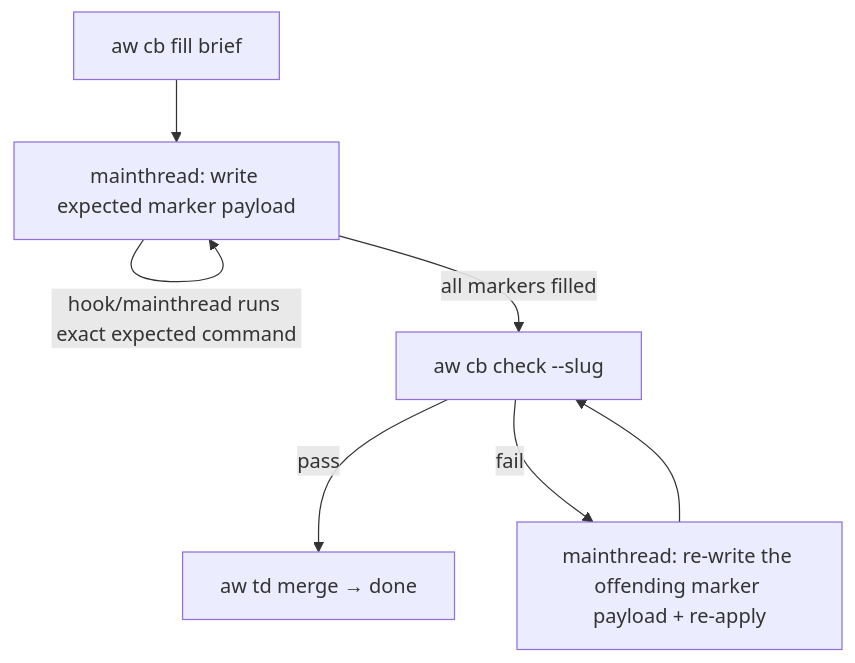
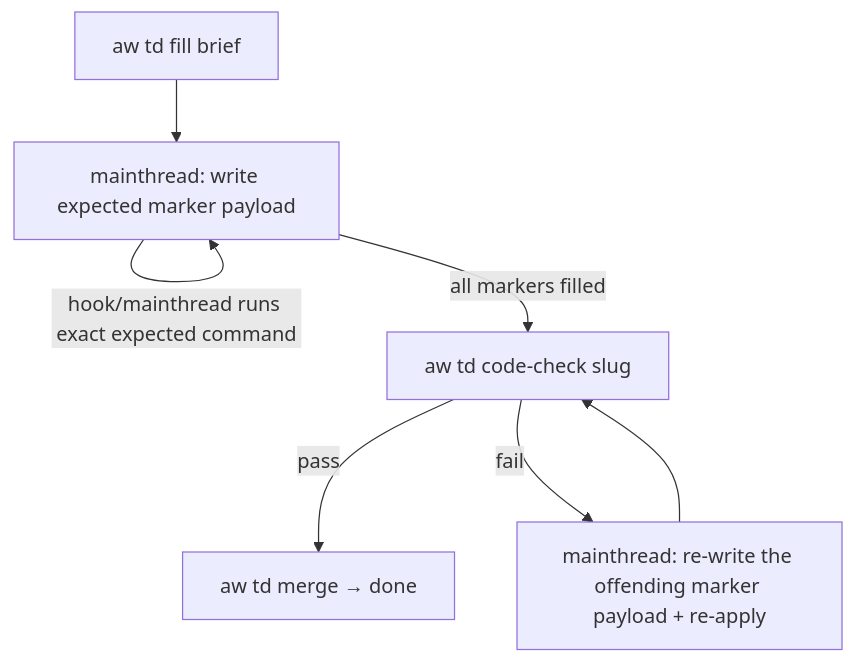
One commit to chrischeng-c4/axiom changed the diagram in projects/agentic-workflow/templates/cli/mainthread/skills/aw-cb-fill/SKILL.md. Above: the diagram before and after it, drawn with Mermaid. The commit also changed other lines of this file and 1053 other files, not shown here.

````diff
--- a/projects/agentic-workflow/templates/cli/mainthread/skills/aw-cb-fill/SKILL.md
+++ b/projects/agentic-workflow/templates/cli/mainthread/skills/aw-cb-fill/SKILL.md
@@ -42,9 +42,9 @@
 ```mermaid
 flowchart TD
-    F[aw cb fill brief] --> L[mainthread: write expected marker payload]
+    F[aw td fill brief] --> L[mainthread: write expected marker payload]
     L -->|"hook/mainthread runs exact expected command"| L
-    L -->|"all markers filled"| G[aw cb check --slug]
+    L -->|"all markers filled"| G[aw td code-check slug]
     G -- pass --> M[aw td merge → done]
     G -- fail --> ROLL[mainthread: re-write the offending marker payload + re-apply]
     ROLL --> G
 ```
````
